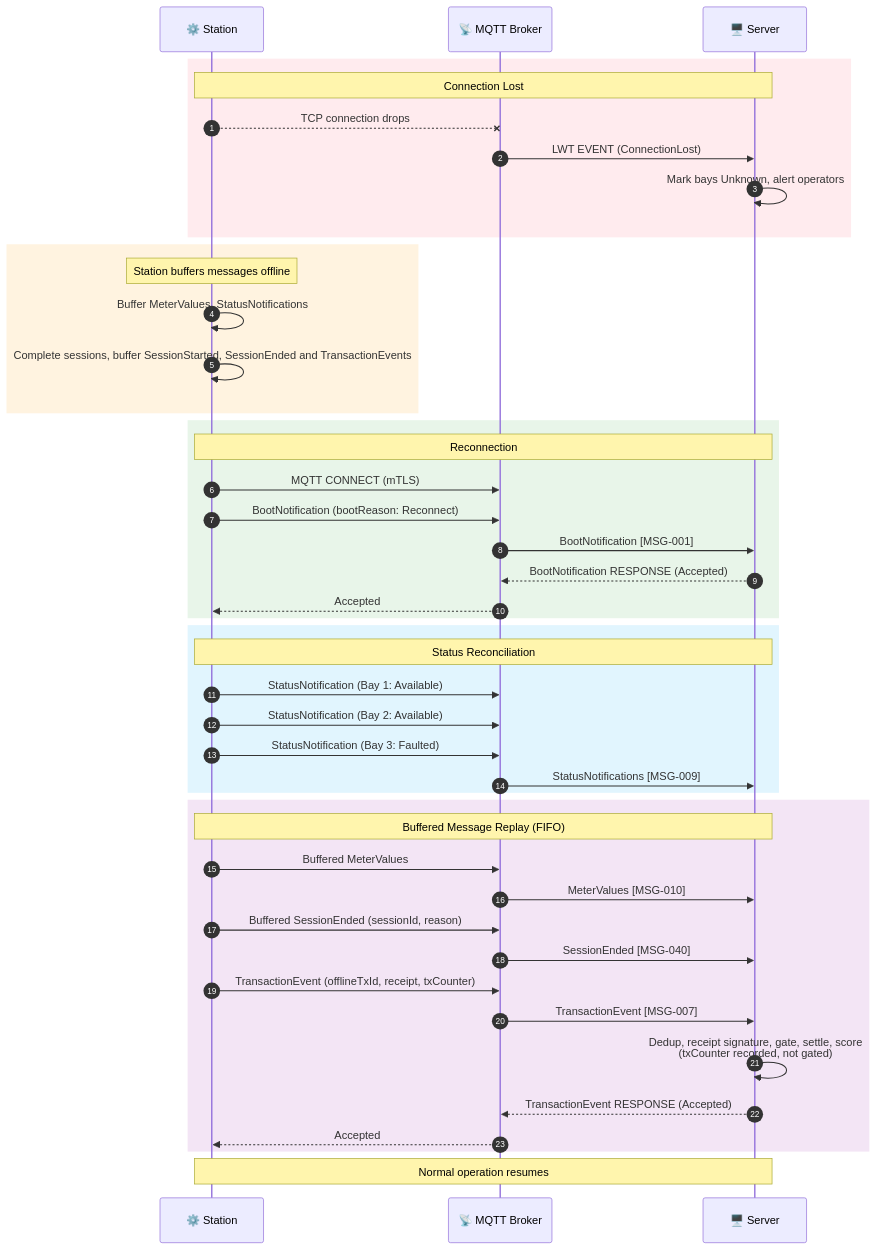
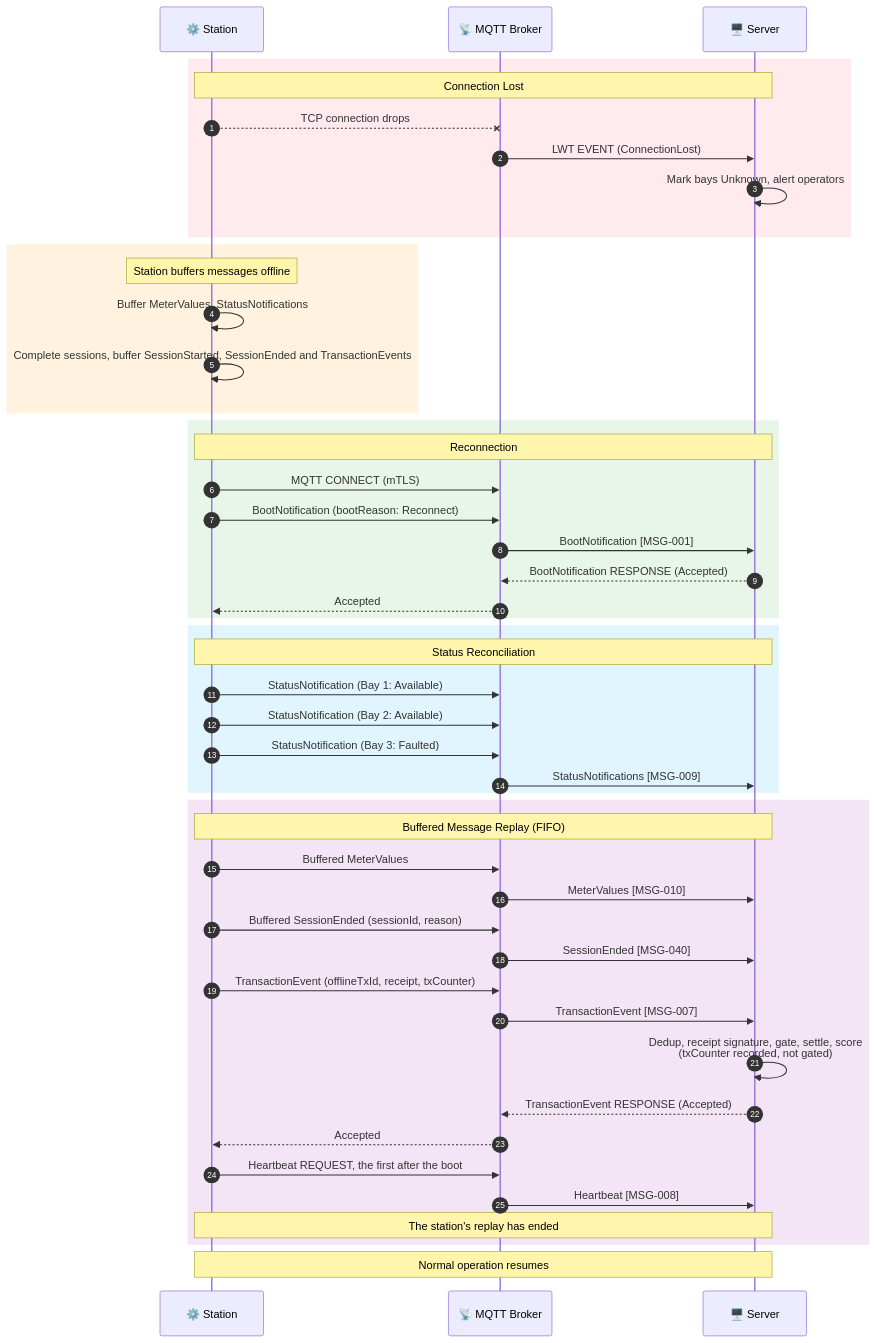
One commit to ospp-org/spec changed the seventh of 7 diagrams in diagrams/README.md. Above: the diagram before and after it, drawn with Mermaid. The commit also changed 19 other files, not shown here.

````diff
--- a/diagrams/README.md
+++ b/diagrams/README.md
@@ -306,53 +306,56 @@
 ```mermaid
 sequenceDiagram
     autonumber
 
     participant Station as ⚙️ Station
     participant Broker as 📡 MQTT Broker
     participant Server as 🖥️ Server
 
     rect rgb(255, 235, 238)
         Note over Station,Server: Connection Lost
         Station--xBroker: TCP connection drops
         Broker->>Server: LWT EVENT (ConnectionLost)
         Server->>Server: Mark bays Unknown, alert operators
     end
 
     rect rgb(255, 243, 224)
         Note over Station: Station buffers messages offline
         Station->>Station: Buffer MeterValues, StatusNotifications
         Station->>Station: Complete sessions, buffer SessionStarted, SessionEnded and TransactionEvents
     end
 
     rect rgb(232, 245, 233)
         Note over Station,Server: Reconnection
         Station->>Broker: MQTT CONNECT (mTLS)
         Station->>Broker: BootNotification (bootReason: Reconnect)
         Broker->>Server: BootNotification [MSG-001]
         Server-->>Broker: BootNotification RESPONSE (Accepted)
         Broker-->>Station: Accepted
     end
 
     rect rgb(225, 245, 254)
         Note over Station,Server: Status Reconciliation
         Station->>Broker: StatusNotification (Bay 1: Available)
         Station->>Broker: StatusNotification (Bay 2: Available)
         Station->>Broker: StatusNotification (Bay 3: Faulted)
         Broker->>Server: StatusNotifications [MSG-009]
     end
 
     rect rgb(243, 229, 245)
         Note over Station,Server: Buffered Message Replay (FIFO)
         Station->>Broker: Buffered MeterValues
         Broker->>Server: MeterValues [MSG-010]
         Station->>Broker: Buffered SessionEnded (sessionId, reason)
         Broker->>Server: SessionEnded [MSG-040]
         Station->>Broker: TransactionEvent (offlineTxId, receipt, txCounter)
         Broker->>Server: TransactionEvent [MSG-007]
         Server->>Server: Dedup, receipt signature, gate, settle, score<br/>(txCounter recorded, not gated)
         Server-->>Broker: TransactionEvent RESPONSE (Accepted)
         Broker-->>Station: Accepted
+        Station->>Broker: Heartbeat REQUEST, the first after the boot
+        Broker->>Server: Heartbeat [MSG-008]
+        Note over Station,Server: The station's replay has ended
     end
 
     Note over Station,Server: Normal operation resumes
 ```
````
